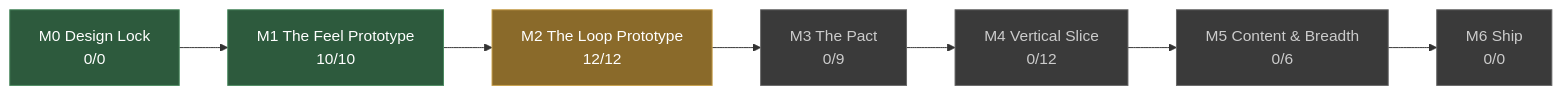
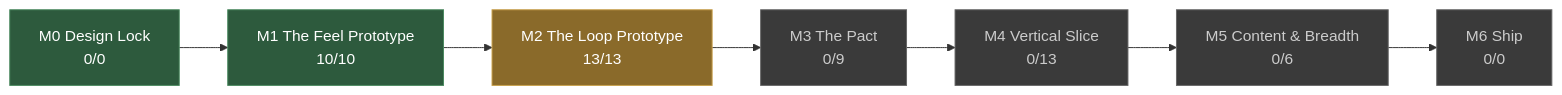
Before and after one commit to JoshuaGessner/she: the diagram in docs/STATUS.md, drawn with Mermaid. The commit also changed other lines of this file and 17 other files, not shown here.

````diff
--- a/docs/STATUS.md
+++ b/docs/STATUS.md
@@ -13,19 +13,19 @@
 ```mermaid
 flowchart LR
   M0["M0 Design Lock<br/>0/0"]:::passed
   M1["M1 The Feel Prototype<br/>10/10"]:::passed
   M0 --> M1
-  M2["M2 The Loop Prototype<br/>12/12"]:::current
+  M2["M2 The Loop Prototype<br/>13/13"]:::current
   M1 --> M2
   M3["M3 The Pact<br/>0/9"]:::ahead
   M2 --> M3
-  M4["M4 Vertical Slice<br/>0/12"]:::ahead
+  M4["M4 Vertical Slice<br/>0/13"]:::ahead
   M3 --> M4
   M5["M5 Content & Breadth<br/>0/6"]:::ahead
   M4 --> M5
   M6["M6 Ship<br/>0/0"]:::ahead
   M5 --> M6
   classDef passed fill:#2d5a3d,stroke:#4a8a5f,color:#fff
   classDef current fill:#8a6a2a,stroke:#c8a04a,color:#fff
   classDef ahead fill:#3a3a3a,stroke:#666,color:#ccc
 ```
````
